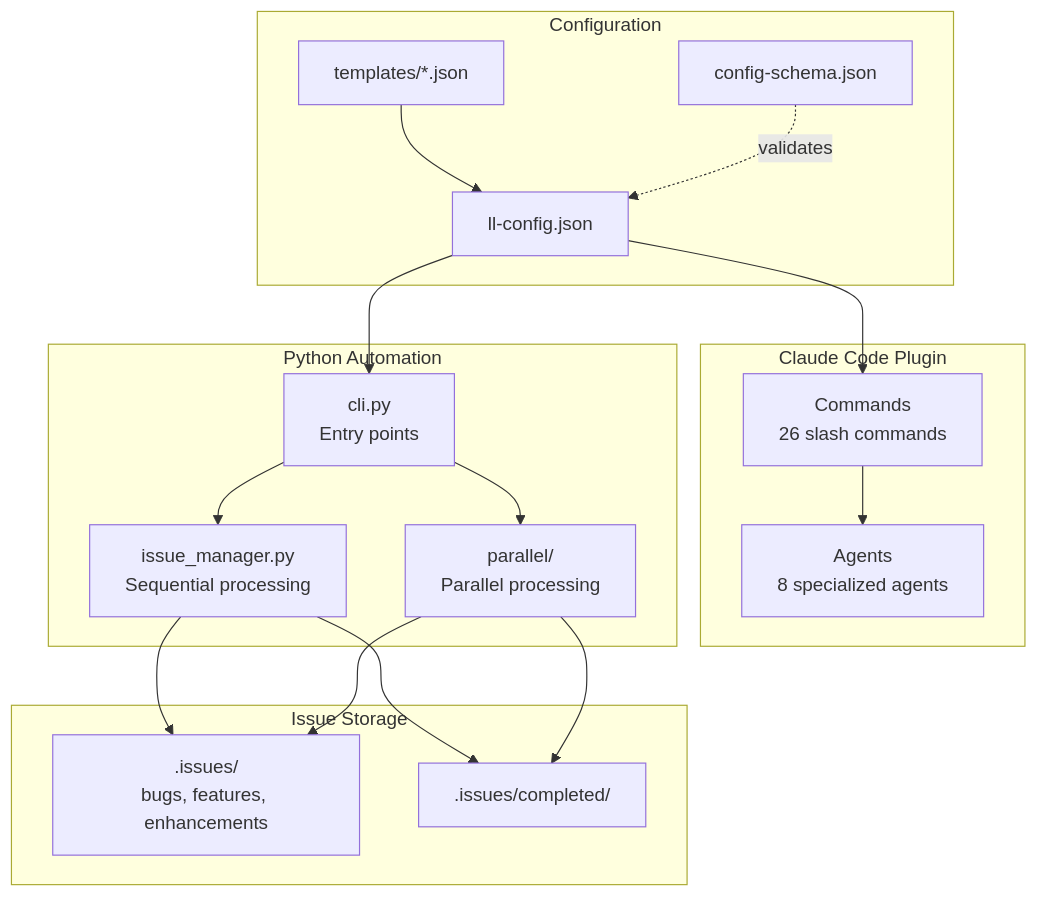
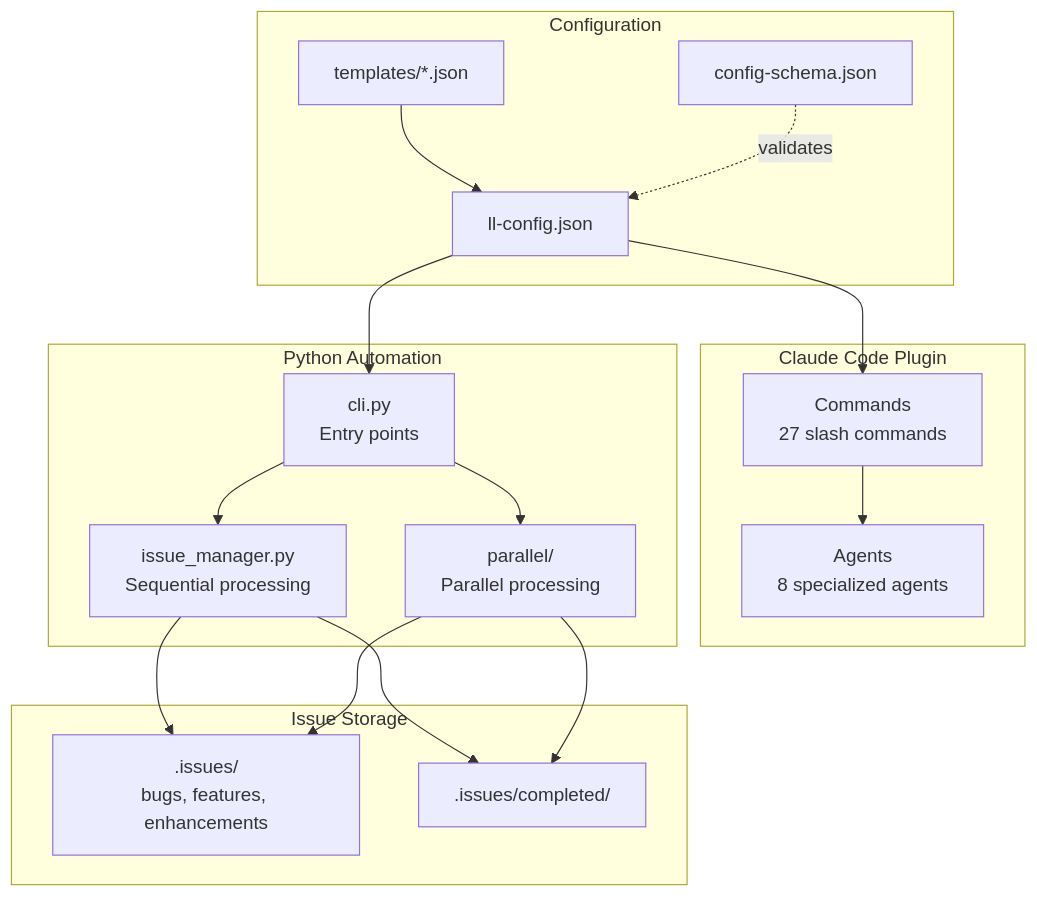
Before and after one commit to BrennonTWilliams/little-loops: the first of 13 diagrams in docs/ARCHITECTURE.md, drawn with Mermaid. The commit also changed 1 other file, not shown here.

Commit message:
docs: fix command count and add missing COMMANDS.md link
- Update ARCHITECTURE.md diagram to show correct count of 27 slash commands
- Add Command Reference link to README Documentation section

````diff
--- a/docs/ARCHITECTURE.md
+++ b/docs/ARCHITECTURE.md
@@ -21,36 +21,36 @@
 ```mermaid
 flowchart TB
     subgraph "Claude Code Plugin"
-        CMD[Commands<br/>26 slash commands]
+        CMD[Commands<br/>27 slash commands]
         AGT[Agents<br/>8 specialized agents]
     end
 
     subgraph "Configuration"
         CFG[ll-config.json]
         SCHEMA[config-schema.json]
         TPL[templates/*.json]
     end
 
     subgraph "Python Automation"
         CLI[cli.py<br/>Entry points]
         AUTO[issue_manager.py<br/>Sequential processing]
         PARALLEL[parallel/<br/>Parallel processing]
     end
 
     subgraph "Issue Storage"
         ISSUES[.issues/<br/>bugs, features, enhancements]
         COMPLETED[.issues/completed/]
     end
 
     CFG --> CMD
     TPL --> CFG
     SCHEMA -.->|validates| CFG
     CFG --> CLI
     CMD --> AGT
     CLI --> AUTO
     CLI --> PARALLEL
     AUTO --> ISSUES
     PARALLEL --> ISSUES
     AUTO --> COMPLETED
     PARALLEL --> COMPLETED
 ```
````
